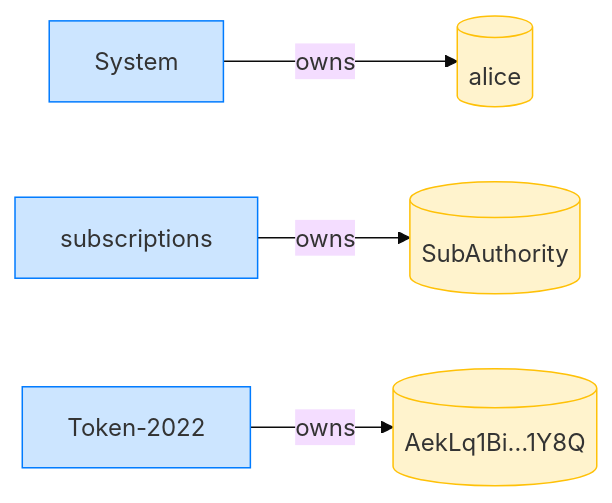
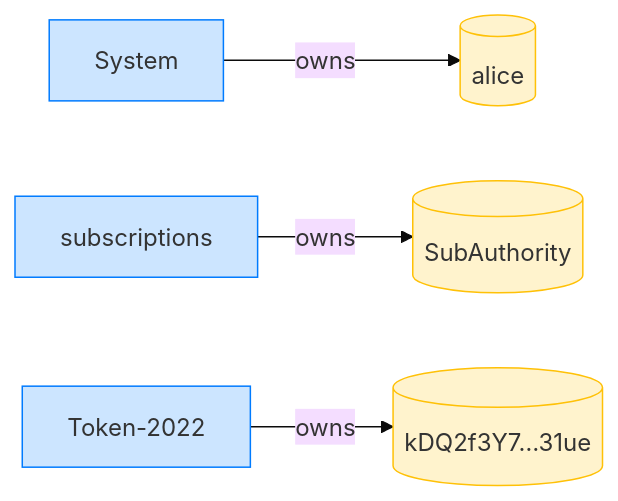
One commit to cds-rs/subscriptions changed the fourth of 12 diagrams in dsl_tests/fixed-transfer-over-a-token-2022-unconfigured-transfer-hook-mint.md. Above: the diagram before and after it, drawn with Mermaid (base theme). The commit also changed other lines of this file and 224 other files, not shown here.

````diff
--- a/dsl_tests/fixed-transfer-over-a-token-2022-unconfigured-transfer-hook-mint.md
+++ b/dsl_tests/fixed-transfer-over-a-token-2022-unconfigured-transfer-hook-mint.md
@@ -73,14 +78,14 @@
 ```mermaid
 flowchart LR
     classDef owner fill:#cce5ff,stroke:#007bff;
     classDef account fill:#fff3cd,stroke:#ffc107;
     System[System]:::owner
     alice[(alice)]:::account
     subscriptions[subscriptions]:::owner
     SubAuthority[(SubAuthority)]:::account
     Token_2022["Token-2022"]:::owner
-    AekLq1Bi_1Y8Q[("AekLq1Bi…1Y8Q")]:::account
+    kDQ2f3Y7_31ue[("kDQ2f3Y7…31ue")]:::account
     System -->|owns| alice
     subscriptions -->|owns| SubAuthority
-    Token_2022 -->|owns| AekLq1Bi_1Y8Q
+    Token_2022 -->|owns| kDQ2f3Y7_31ue
 ```
````
